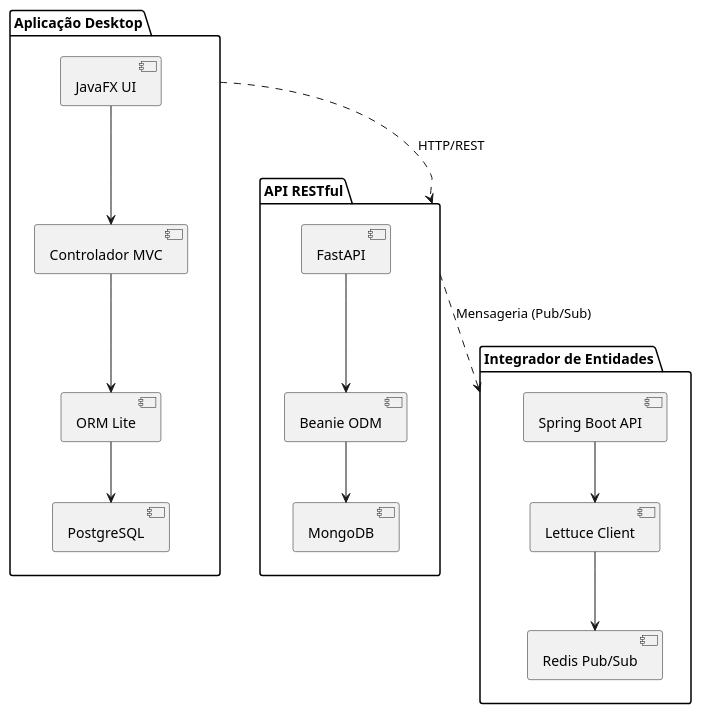
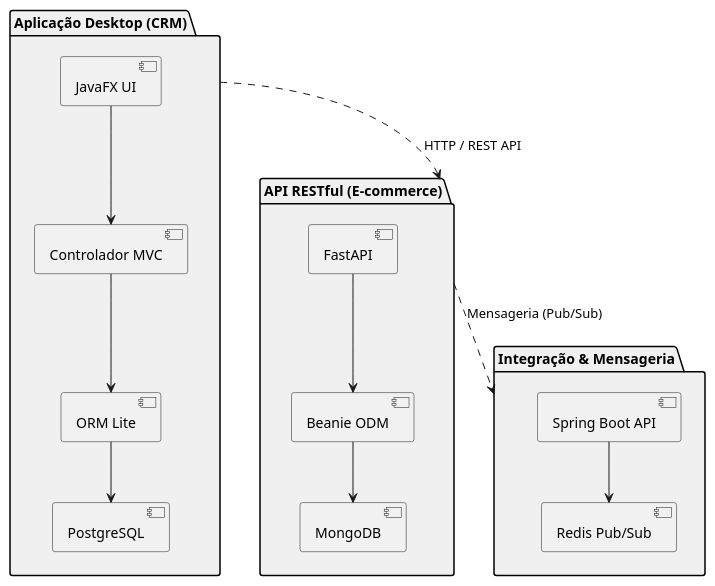
The diagram in docs/codigo fonte diagramas/diagrama-componentes.puml (SPD-BES-2025-3/grupo4), drawn with PlantUML before and after one commit. The commit also changed 8 other files, not shown here.

Commit message:
Atualizando diagramas, readme e relatorio pessoal

```diff
--- a/docs/codigo fonte diagramas/diagrama-componentes.puml
+++ b/docs/codigo fonte diagramas/diagrama-componentes.puml
@@ -1,29 +1,35 @@
 @startuml componentes
-package "Aplicação Desktop" {
+skinparam packageBackgroundColor #f0f0f0
+skinparam packageBorderColor black
+
+package "Aplicação Desktop (CRM)" {
   [JavaFX UI] 
   [Controlador MVC]
-  [ORM Lite] 
+  [ORM Lite]
   [PostgreSQL]
+
   [JavaFX UI] --> [Controlador MVC]
   [Controlador MVC] --> [ORM Lite]
   [ORM Lite] --> [PostgreSQL]
 }
 
-package "API RESTful" {
+package "API RESTful (E-commerce)" {
   [FastAPI]
   [Beanie ODM]
   [MongoDB]
+
   [FastAPI] --> [Beanie ODM]
   [Beanie ODM] --> [MongoDB]
 }
 
-package "Integrador de Entidades" {
+package "Integração & Mensageria" {
   [Redis Pub/Sub]
-  [Lettuce Client]
-  [Spring Boot API] --> [Lettuce Client]
-  [Lettuce Client] --> [Redis Pub/Sub]
+  [Spring Boot API]
+
+  [Spring Boot API] --> [Redis Pub/Sub]
 }
 
-[Aplicação Desktop] ..> [API RESTful] : HTTP/REST
-[API RESTful] ..> [Integrador de Entidades] : Mensageria (Pub/Sub)
+' Comunicação entre sistemas
+[Aplicação Desktop (CRM)] ..> [API RESTful (E-commerce)] : HTTP / REST API
+[API RESTful (E-commerce)] ..> [Integração & Mensageria] : Mensageria (Pub/Sub)
 @enduml
```
